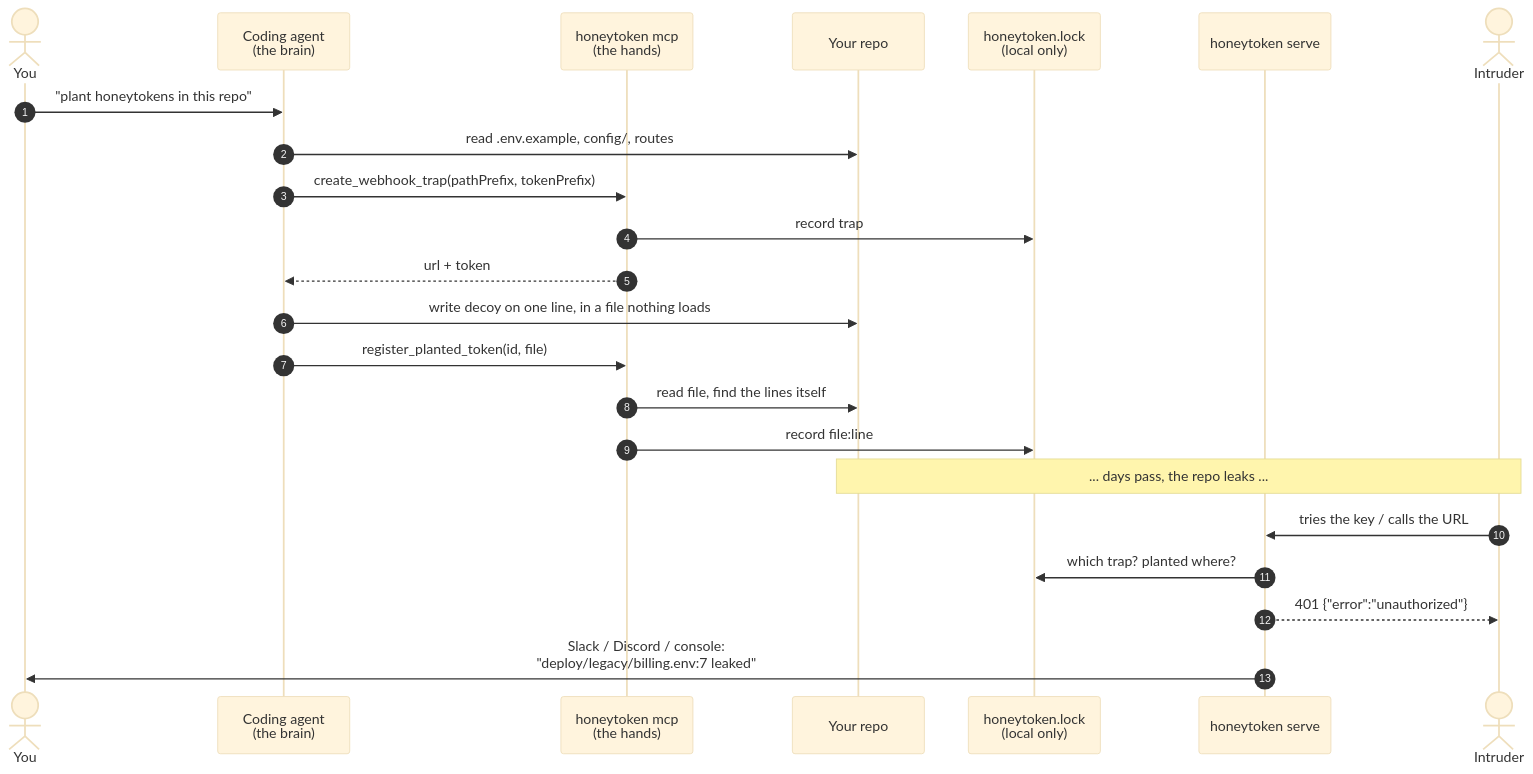
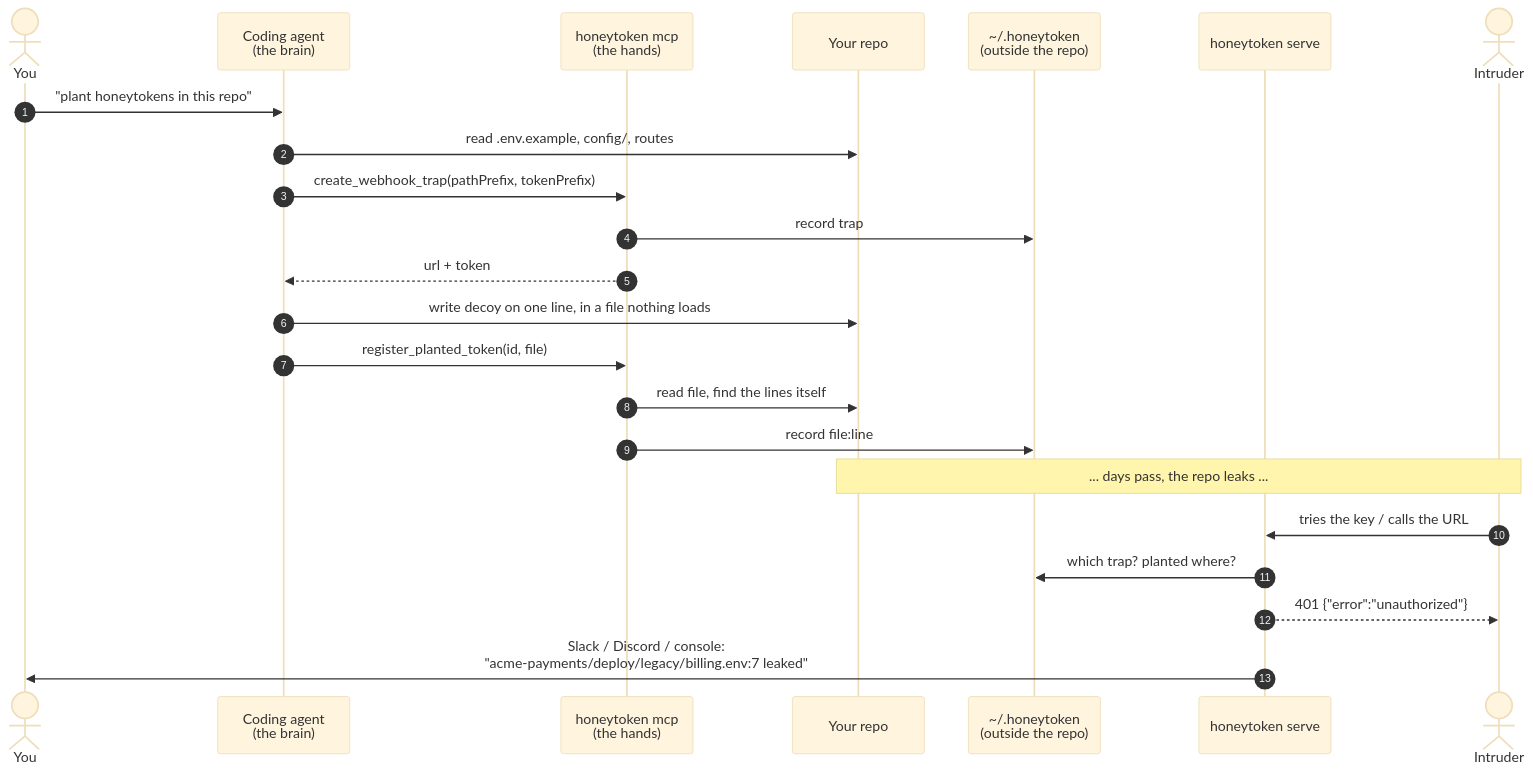
The diagram in README.md (Dradradre/honeytokens-as-code), drawn with Mermaid (base theme) before and after one commit. The commit also changed other lines of this file and 32 other files, not shown here.

````diff
--- a/README.md
+++ b/README.md
@@ -52,26 +53,26 @@
 ```mermaid
 sequenceDiagram
     autonumber
     actor You
     participant Agent as Coding agent<br/>(the brain)
     participant MCP as honeytoken mcp<br/>(the hands)
     participant Repo as Your repo
-    participant Lock as honeytoken.lock<br/>(local only)
+    participant Reg as ~/.honeytoken<br/>(outside the repo)
     participant Server as honeytoken serve
     actor Intruder
 
     You->>Agent: "plant honeytokens in this repo"
     Agent->>Repo: read .env.example, config/, routes
     Agent->>MCP: create_webhook_trap(pathPrefix, tokenPrefix)
-    MCP->>Lock: record trap
+    MCP->>Reg: record trap
     MCP-->>Agent: url + token
     Agent->>Repo: write decoy on one line, in a file nothing loads
     Agent->>MCP: register_planted_token(id, file)
     MCP->>Repo: read file, find the lines itself
-    MCP->>Lock: record file:line
+    MCP->>Reg: record file:line
     Note over Repo,Intruder: ... days pass, the repo leaks ...
     Intruder->>Server: tries the key / calls the URL
-    Server->>Lock: which trap? planted where?
+    Server->>Reg: which trap? planted where?
     Server-->>Intruder: 401 {"error":"unauthorized"}
-    Server->>You: Slack / Discord / console:<br/>"deploy/legacy/billing.env:7 leaked"
+    Server->>You: Slack / Discord / console:<br/>"acme-payments/deploy/legacy/billing.env:7 leaked"
 ```
````
